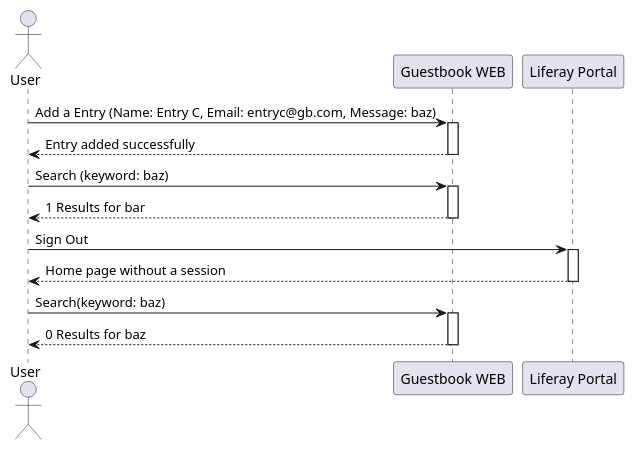
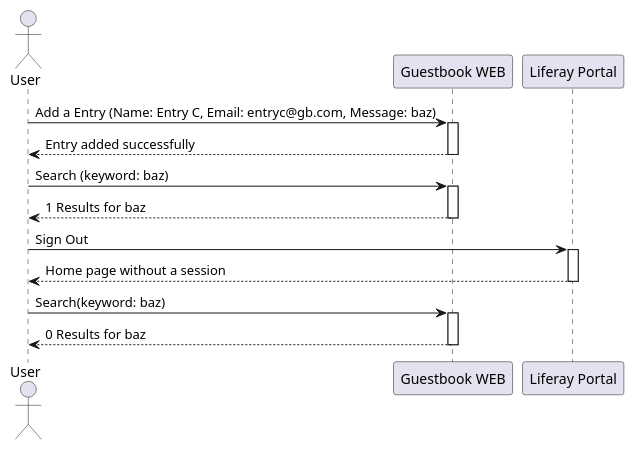
Before and after one commit to lmarqs/liferay-training: the diagram in docs/specifications/using-permissions/seq.plantuml, drawn with PlantUML. The commit also changed 1 other file, not shown here.

```diff
--- a/docs/specifications/using-permissions/seq.plantuml
+++ b/docs/specifications/using-permissions/seq.plantuml
@@ -1,27 +1,27 @@
 @startuml
 
 actor User as U
 participant "Guestbook WEB" as GW
 participant "Liferay Portal" as LP
 
 U -> GW: Add a Entry (Name: Entry C, Email: entryc@gb.com, Message: baz)
 activate GW
 U <-- GW: Entry added successfully
 deactivate GW
 
 U -> GW: Search (keyword: baz)
 activate GW
-U <-- GW: 1 Results for bar
+U <-- GW: 1 Results for baz
 deactivate GW
 
 U -> LP: Sign Out
 activate LP
 U <-- LP: Home page without a session
 deactivate LP
 
 U -> GW: Search(keyword: baz)
 activate GW
 U <-- GW: 0 Results for baz
 deactivate GW
 
 @enduml
```
